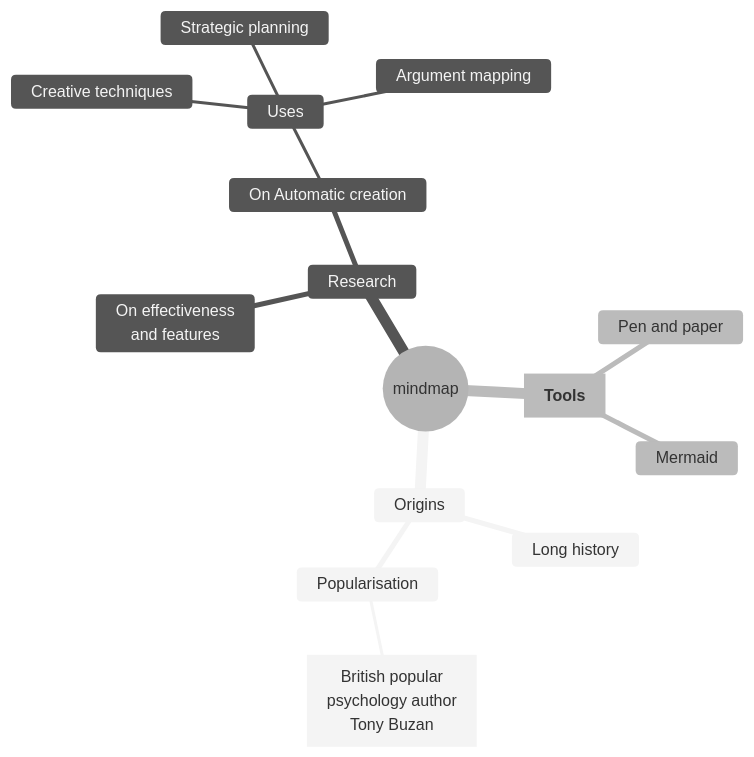
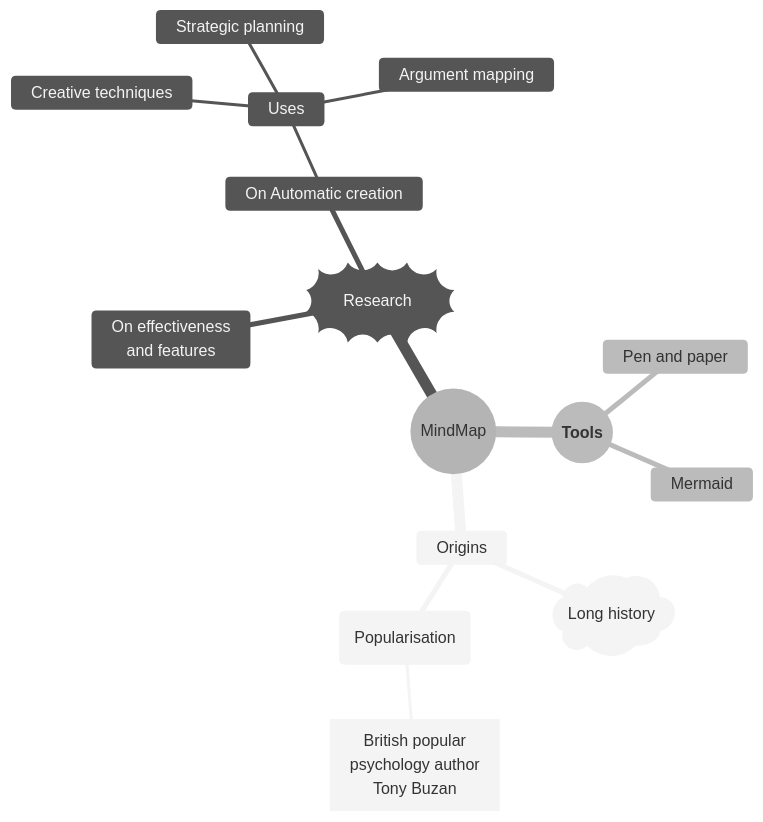
The diagram in _posts/2023/s3/2023-08-01-mermaid-midmap.md (PasseRR/passerr.github.io), drawn with Mermaid (neutral theme) before and after one commit. The commit also changed other lines of this file, not shown here.

Commit message:
补充图形示例

````diff
--- a/_posts/2023/s3/2023-08-01-mermaid-midmap.md
+++ b/_posts/2023/s3/2023-08-01-mermaid-midmap.md
@@ -195,21 +195,21 @@
 ```mermaid
 mindmap
-  root((mindmap)
+  root((MindMap)
     Origins
-      Long history
+      1)Long history(
       ::icon(fa fa-book)
-      Popularisation
+      2(Popularisation)
         a["`British popular
          psychology author 
          Tony Buzan`"]
-    Research
+    3))Research((
       On effectiveness<br/>and features
       On Automatic creation
         Uses
             Creative techniques
             Strategic planning
             Argument mapping
-    Tools["`**Tools**`"]
+    Tools(("`**Tools**`"))
       Pen and paper
       Mermaid
 ```
````
